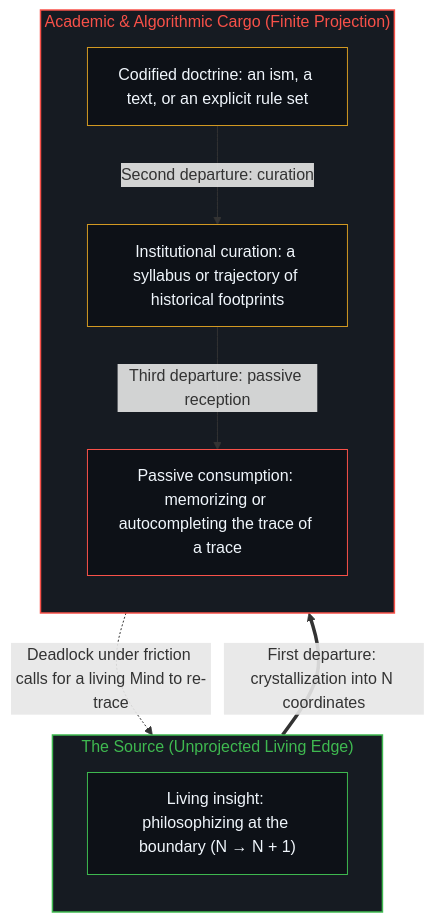
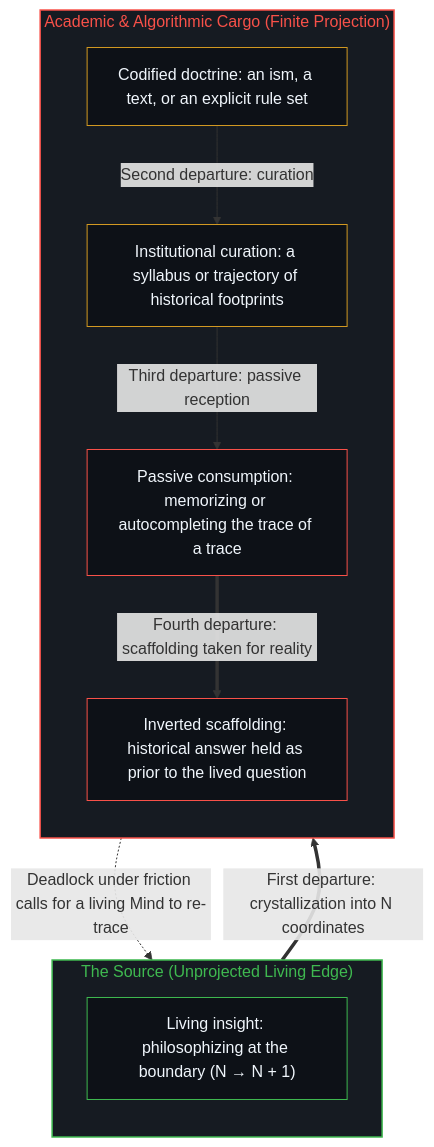
Before and after one commit to powerpig99/not-a-toe: the second of 2 diagrams in content/posts/the-unclosable-trace.md, drawn with Mermaid. The commit also changed other lines of this file and 13 other files, not shown here.

````diff
--- a/content/posts/the-unclosable-trace.md
+++ b/content/posts/the-unclosable-trace.md
@@ -117,23 +110,26 @@
 ```mermaid
 flowchart TD
     subgraph S_Source["The Source (Unprojected Living Edge)"]
         direction TB
         L1["Living insight: philosophizing at the boundary (N → N + 1)"]
     end
     subgraph S_Cargo["Academic & Algorithmic Cargo (Finite Projection)"]
         direction TB
         L2["Codified doctrine: an ism, a text, or an explicit rule set"]
         L3["Institutional curation: a syllabus or trajectory of historical footprints"]
         L4["Passive consumption: memorizing or autocompleting the trace of a trace"]
+        L5["Inverted scaffolding: historical answer held as prior to the lived question"]
     end
     L1 ==>|"First departure: crystallization into N coordinates"| L2
     L2 -->|"Second departure: curation"| L3
     L3 -->|"Third departure: passive reception"| L4
-    L4 -.->|"Deadlock under friction calls for a living Mind to re-trace"| L1
+    L4 ==>|"Fourth departure: scaffolding taken for reality"| L5
+    L5 -.->|"Deadlock under friction calls for a living Mind to re-trace"| L1
     style S_Source fill:#161b22,stroke:#3fb950,stroke-width:1.5px,color:#3fb950
     style S_Cargo fill:#161b22,stroke:#f85149,stroke-width:1.5px,color:#f85149
     style L1 fill:#0d1117,stroke:#3fb950,stroke-width:1px,color:#f0f6fc
     style L2 fill:#0d1117,stroke:#d29922,stroke-width:1px,color:#f0f6fc
     style L3 fill:#0d1117,stroke:#d29922,stroke-width:1px,color:#f0f6fc
     style L4 fill:#0d1117,stroke:#f85149,stroke-width:1px,color:#f0f6fc
+    style L5 fill:#0d1117,stroke:#f85149,stroke-width:1px,color:#f0f6fc
 ```
````
